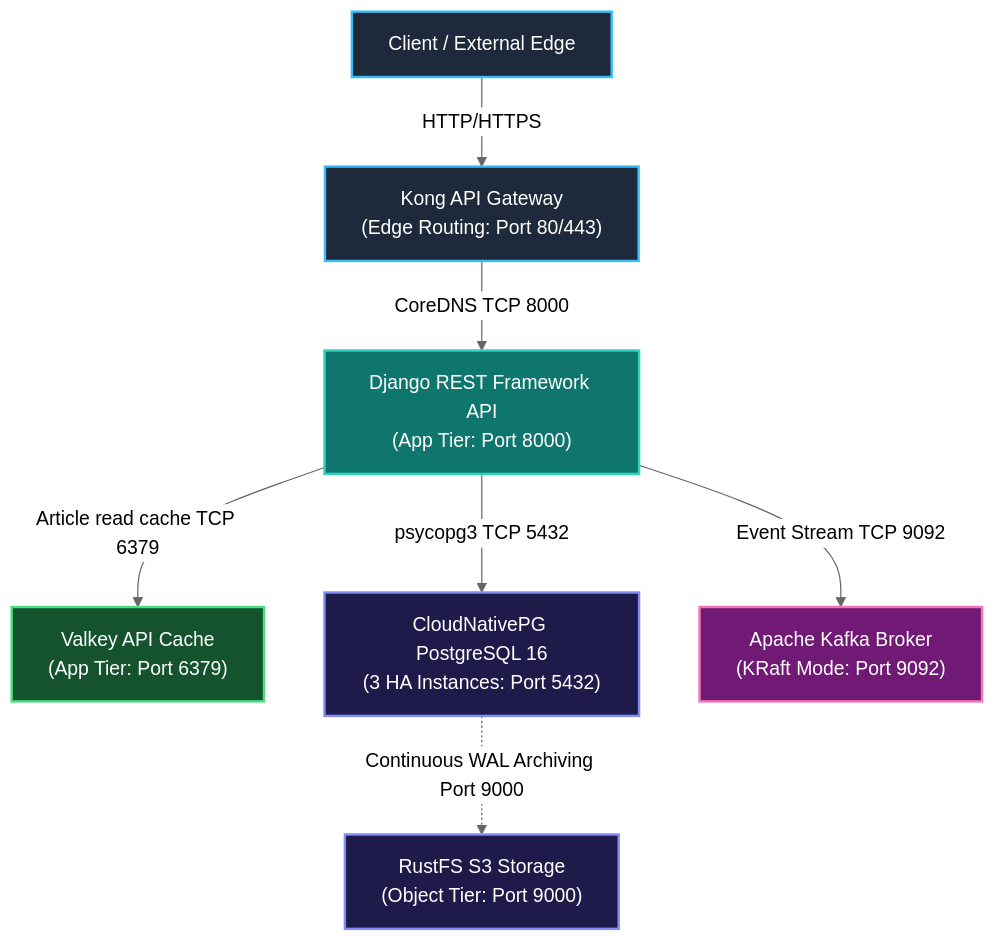
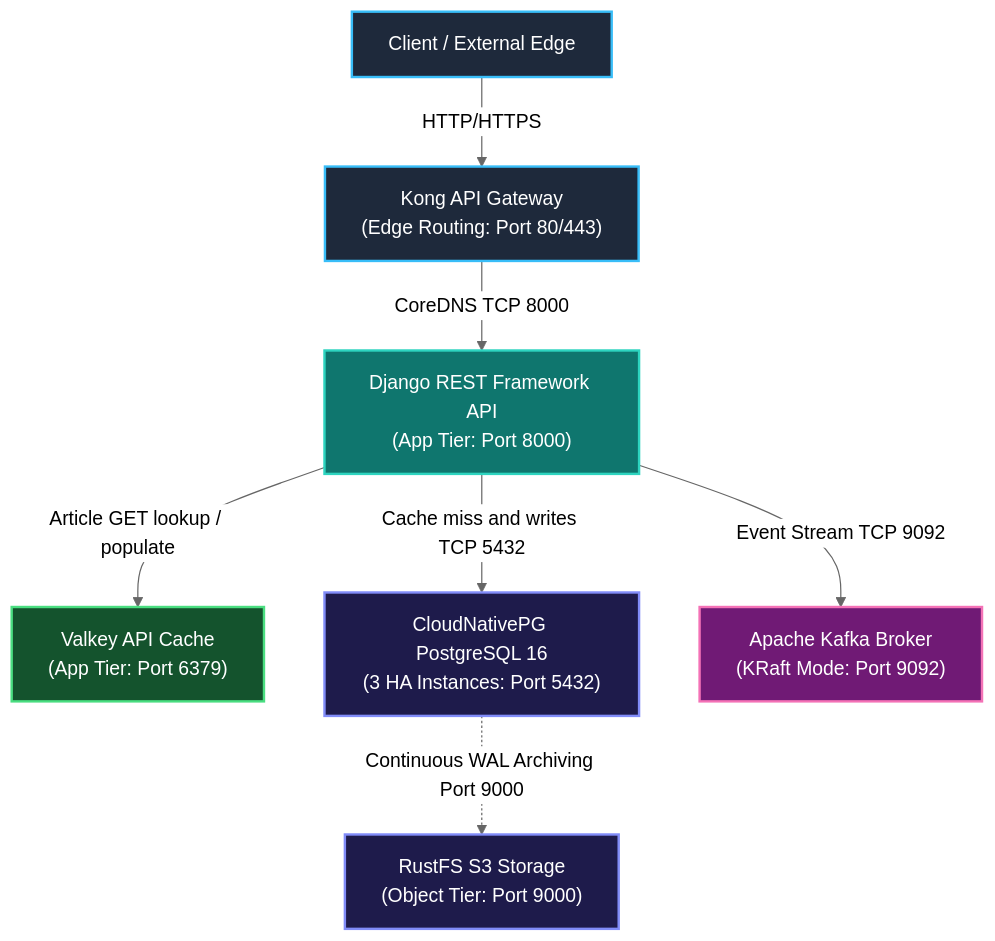
Before and after one commit to abdelkderboukert/cloud-native-resilient-blueprint: the second of 2 diagrams in docs/architecture.md, drawn with Mermaid (neutral theme). The commit also changed other lines of this file and 1 other file, not shown here.

Commit message:
feat: Enhance architecture documentation with Valkey cache details and update API interaction descriptions

````diff
--- a/docs/architecture.md
+++ b/docs/architecture.md
@@ -45,29 +45,29 @@
 ```mermaid
 graph TB
     Client["Client / External Edge"]
     Kong["Kong API Gateway<br/>(Edge Routing: Port 80/443)"]
     Django["Django REST Framework API<br/>(App Tier: Port 8000)"]
     Cache["Valkey API Cache<br/>(App Tier: Port 6379)"]
     CNPG["CloudNativePG PostgreSQL 16<br/>(3 HA Instances: Port 5432)"]
     Kafka["Apache Kafka Broker<br/>(KRaft Mode: Port 9092)"]
     RustFS["RustFS S3 Storage<br/>(Object Tier: Port 9000)"]
 
     Client -->|HTTP/HTTPS| Kong
     Kong -->|CoreDNS TCP 8000| Django
-    Django -->|Article read cache TCP 6379| Cache
-    Django -->|psycopg3 TCP 5432| CNPG
+    Django -->|Article GET lookup / populate| Cache
+    Django -->|Cache miss and writes TCP 5432| CNPG
     Django -->|Event Stream TCP 9092| Kafka
     CNPG -.->|Continuous WAL Archiving Port 9000| RustFS
 
     classDef edge fill:#1e293b,stroke:#38bdf8,stroke-width:2px,color:#fff;
     classDef app fill:#0f766e,stroke:#2dd4bf,stroke-width:2px,color:#fff;
     classDef cache fill:#14532d,stroke:#4ade80,stroke-width:2px,color:#fff;
     classDef data fill:#1e1b4b,stroke:#818cf8,stroke-width:2px,color:#fff;
     classDef msg fill:#701a75,stroke:#f472b6,stroke-width:2px,color:#fff;
 
     class Client,Kong edge;
     class Django app;
     class Cache cache;
     class CNPG,RustFS data;
     class Kafka msg;
 ```
````
